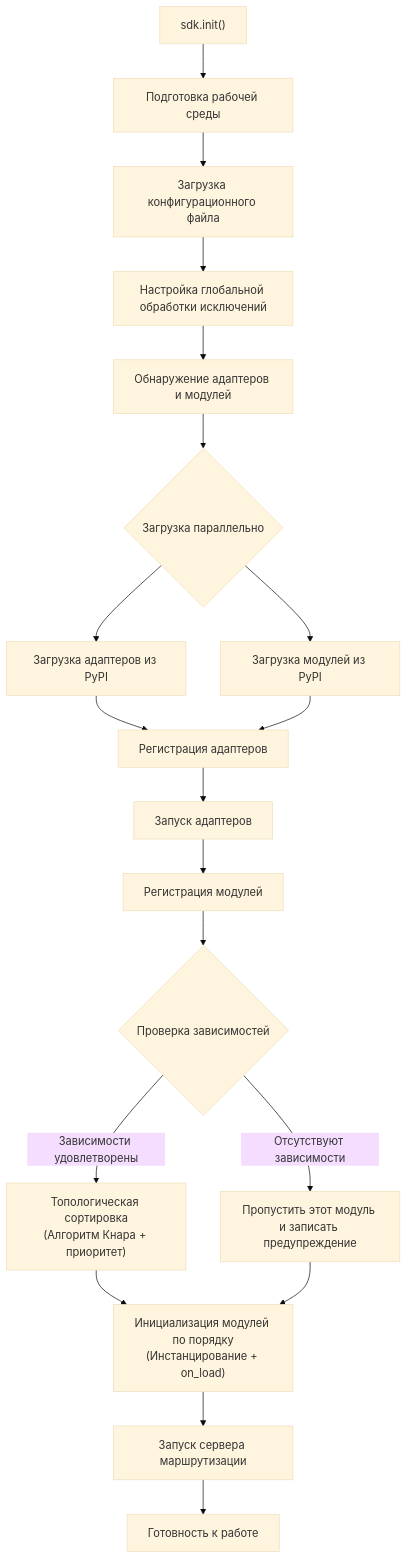
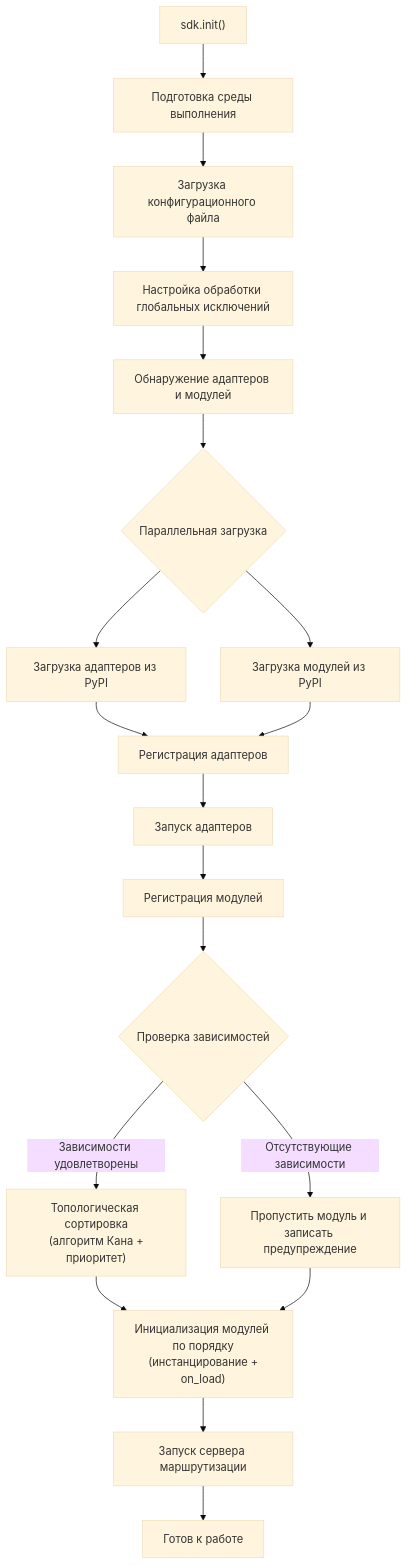
One commit to ErisPulse/ErisPulse changed the second of 7 diagrams in docs/ru/architecture.md. Above: the diagram before and after it, drawn with Mermaid (base theme). The commit also changed other lines of this file and 251 other files, not shown here.

````diff
--- a/docs/ru/architecture.md
+++ b/docs/ru/architecture.md
@@ -59,20 +63,20 @@
 ```mermaid
 flowchart TD
-    A["sdk.init()"] --> B["Подготовка рабочей среды"]
+    A["sdk.init()"] --> B["Подготовка среды выполнения"]
     B --> B1["Загрузка конфигурационного файла"]
-    B1 --> B2["Настройка глобальной обработки исключений"]
+    B1 --> B2["Настройка обработки глобальных исключений"]
     B2 --> C["Обнаружение адаптеров и модулей"]
-    C --> D{"Загрузка параллельно"}
+    C --> D{"Параллельная загрузка"}
     D --> D1["Загрузка адаптеров из PyPI"]
     D --> D2["Загрузка модулей из PyPI"]
     D1 & D2 --> E["Регистрация адаптеров"]
     E --> E1["Запуск адаптеров"]
     E1 --> F["Регистрация модулей"]
     F --> F1{"Проверка зависимостей"}
-    F1 -->|"Отсутствуют зависимости"| F2["Пропустить этот модуль и записать предупреждение"]
-    F1 -->|"Зависимости удовлетворены"| F3["Топологическая сортировка<br/>(Алгоритм Кнара + приоритет)"]
-    F3 --> G["Инициализация модулей по порядку<br/>(Инстанцирование + on_load)"]
+    F1 -->|"Отсутствующие зависимости"| F2["Пропустить модуль и записать предупреждение"]
+    F1 -->|"Зависимости удовлетворены"| F3["Топологическая сортировка<br/> (алгоритм Кана + приоритет)"]
+    F3 --> G["Инициализация модулей по порядку<br/> (инстанцирование + on_load)"]
     F2 --> G
     G --> H["Запуск сервера маршрутизации"]
-    H --> K["Готовность к работе"]
+    H --> K["Готов к работе"]
 ```
````
